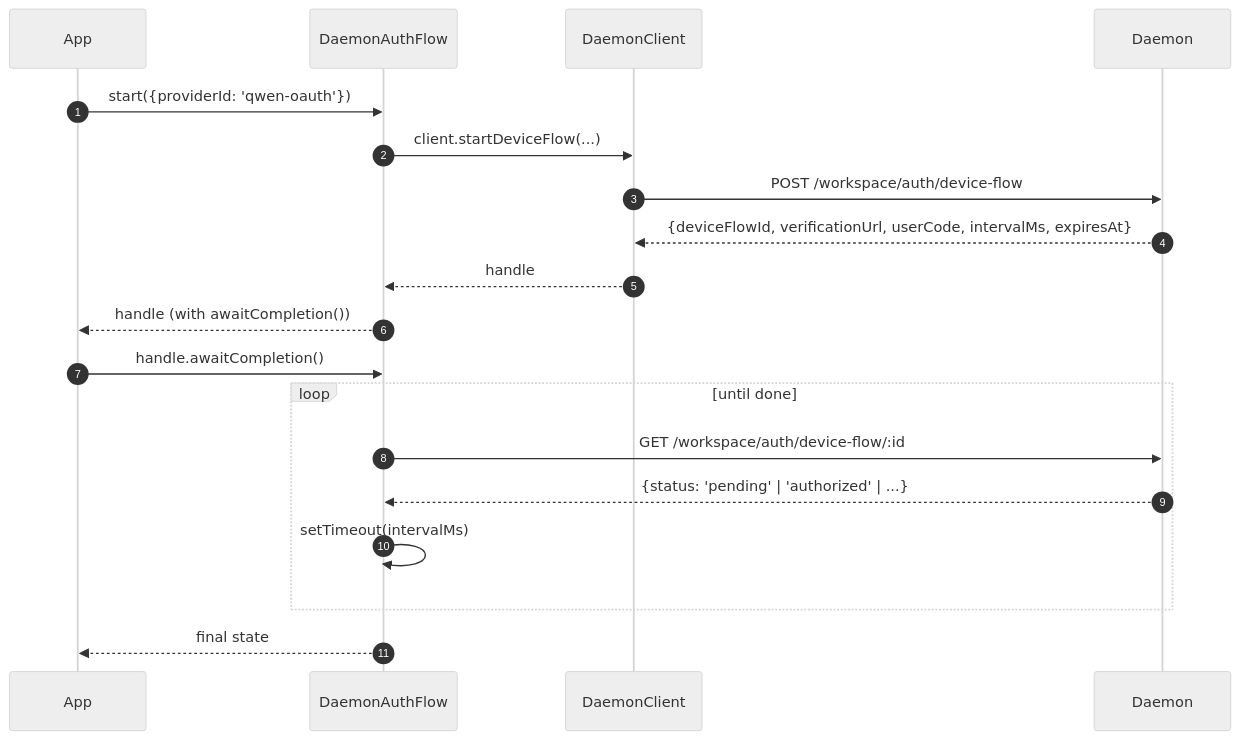
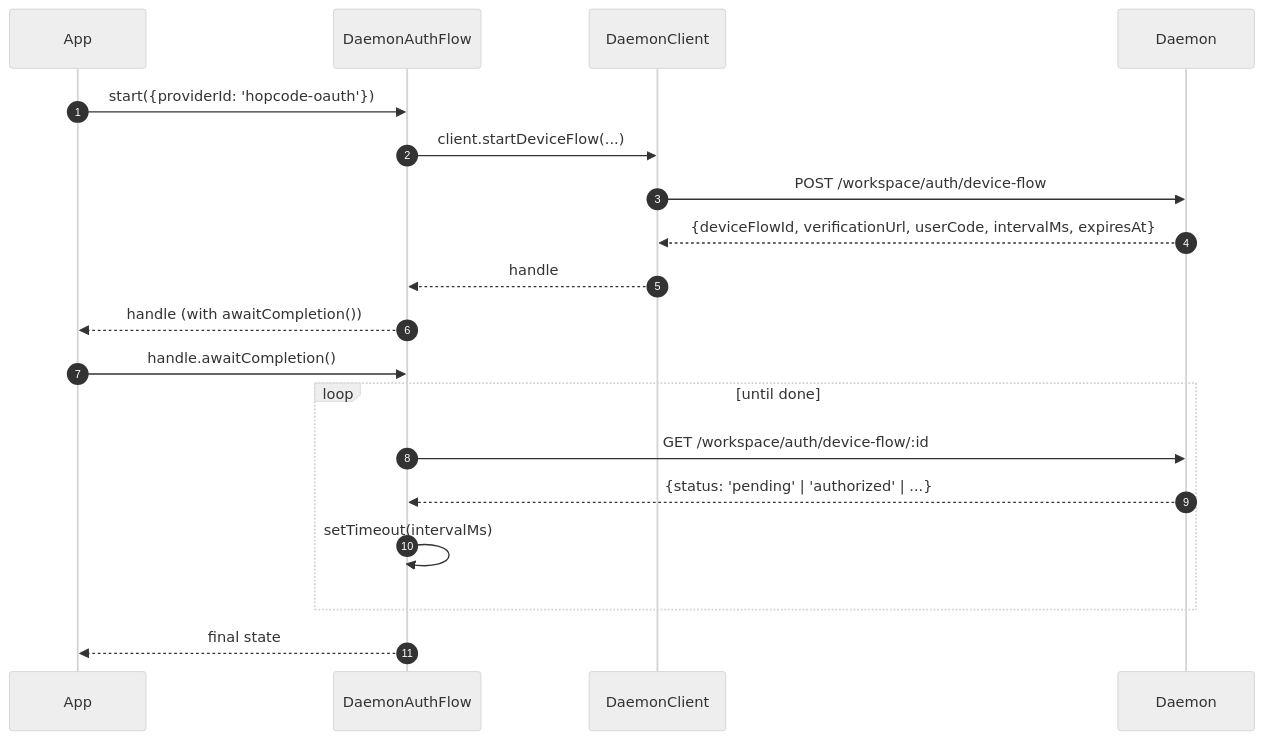
One commit to TaimoorSiddiquiOfficial/HopCode changed the third of 3 diagrams in docs/developers/daemon/13-sdk-daemon-client.md. Above: the diagram before and after it, drawn with Mermaid (neutral theme). The commit also changed other lines of this file and 84 other files, not shown here.

````diff
--- a/docs/developers/daemon/13-sdk-daemon-client.md
+++ b/docs/developers/daemon/13-sdk-daemon-client.md
@@ -181,22 +181,22 @@
 ```mermaid
 sequenceDiagram
     autonumber
     participant App as App
     participant AF as DaemonAuthFlow
     participant DC as DaemonClient
     participant D as Daemon
 
-    App->>AF: start({providerId: 'qwen-oauth'})
+    App->>AF: start({providerId: 'hopcode-oauth'})
     AF->>DC: client.startDeviceFlow(...)
     DC->>D: POST /workspace/auth/device-flow
     D-->>DC: {deviceFlowId, verificationUrl, userCode, intervalMs, expiresAt}
     DC-->>AF: handle
     AF-->>App: handle (with awaitCompletion())
     App->>AF: handle.awaitCompletion()
     loop until done
         AF->>D: GET /workspace/auth/device-flow/:id
         D-->>AF: {status: 'pending' | 'authorized' | ...}
         AF->>AF: setTimeout(intervalMs)
     end
     AF-->>App: final state
 ```
````
